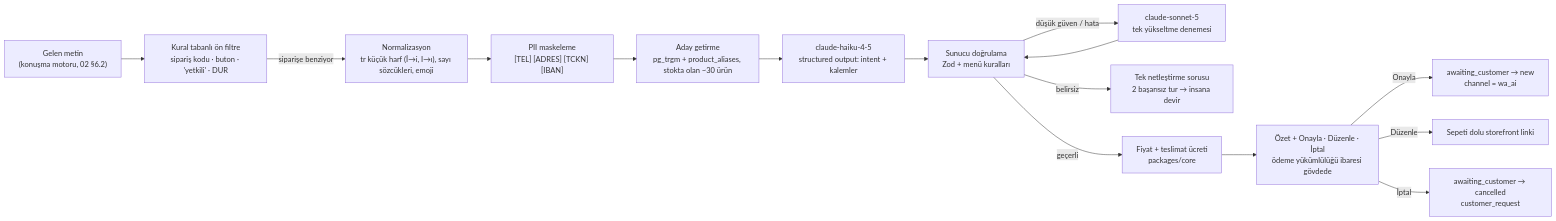
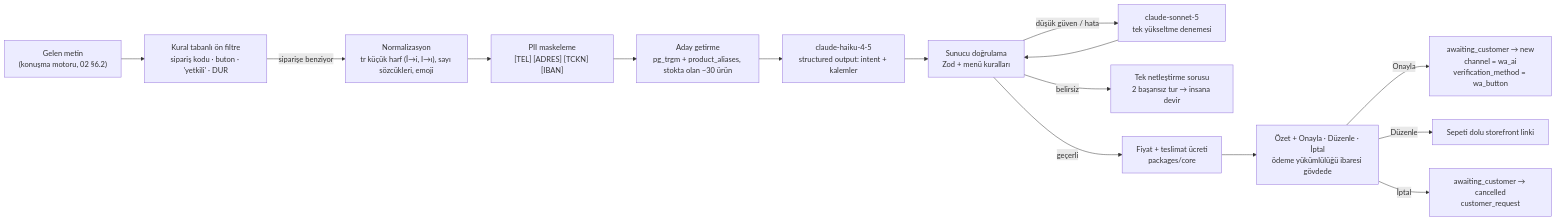
Before and after one commit to eraycaylak/siparisinonunde: the fourth of 4 diagrams in docs/06-teknik-mimari.md, drawn with Mermaid. The commit also changed other lines of this file and 12 other files, not shown here.

````diff
--- a/docs/06-teknik-mimari.md
+++ b/docs/06-teknik-mimari.md
@@ -668,17 +668,17 @@
 ```mermaid
 flowchart LR
   IN["Gelen metin<br/>(konuşma motoru, 02 §6.2)"] --> PRE["Kural tabanlı ön filtre<br/>sipariş kodu · buton · 'yetkili' · DUR"]
   PRE -->|siparişe benziyor| NORM["Normalizasyon<br/>tr küçük harf (İ→i, I→ı), sayı sözcükleri, emoji"]
   NORM --> PII["PII maskeleme<br/>[TEL] [ADRES] [TCKN] [IBAN]"]
   PII --> RET["Aday getirme<br/>pg_trgm + product_aliases, stokta olan ~30 ürün"]
   RET --> LLM["claude-haiku-4-5<br/>structured output: intent + kalemler"]
   LLM --> VAL["Sunucu doğrulama<br/>Zod + menü kuralları"]
   VAL -->|düşük güven / hata| ESC["claude-sonnet-5<br/>tek yükseltme denemesi"]
   ESC --> VAL
   VAL -->|belirsiz| ASK["Tek netleştirme sorusu<br/>2 başarısız tur → insana devir"]
   VAL -->|geçerli| PRICE["Fiyat + teslimat ücreti<br/>packages/core"]
   PRICE --> SUM["Özet + Onayla · Düzenle · İptal<br/>ödeme yükümlülüğü ibaresi gövdede"]
-  SUM -->|Onayla| NEW["awaiting_customer → new<br/>channel = wa_ai"]
+  SUM -->|Onayla| NEW["awaiting_customer → new<br/>channel = wa_ai<br/>verification_method = wa_button"]
   SUM -->|Düzenle| EDIT["Sepeti dolu storefront linki"]
   SUM -->|İptal| CAN["awaiting_customer → cancelled<br/>customer_request"]
 ```
````
